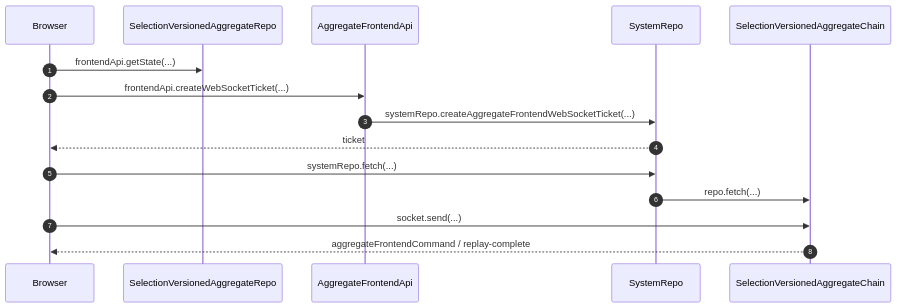
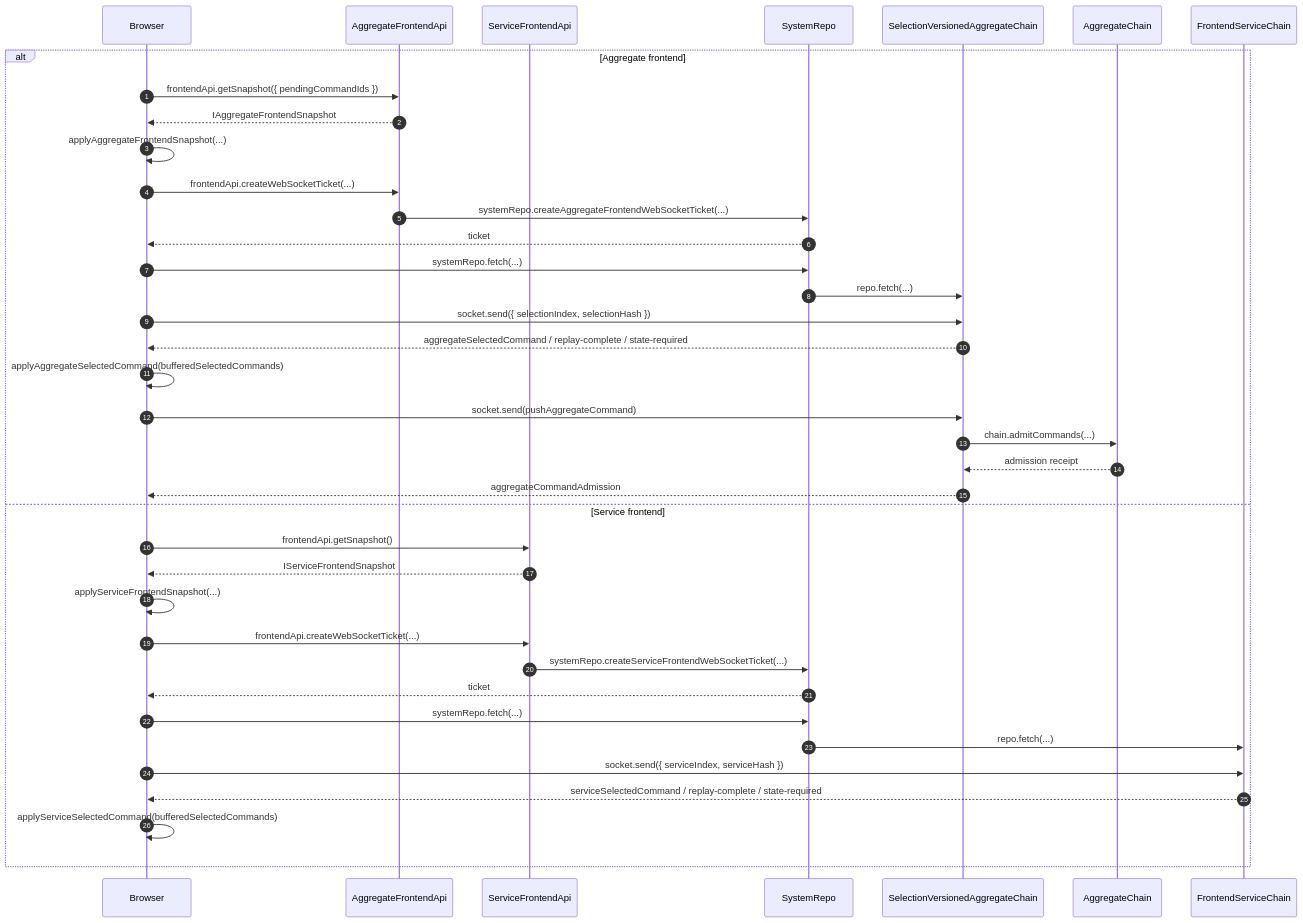
Before and after one commit to morgs32/qrk.sh: the diagram in wiki/architecture/browser/FrontendWebSocket.md, drawn with Mermaid. The commit also changed other lines of this file and 212 other files, not shown here.

````diff
--- a/wiki/architecture/browser/FrontendWebSocket.md
+++ b/wiki/architecture/browser/FrontendWebSocket.md
@@ -15,24 +17,65 @@
 ```mermaid
 sequenceDiagram
   participant Browser
-  participant SelectionVersionedAggregateRepo
   participant AggregateFrontendApi
+  participant ServiceFrontendApi
   participant SystemRepo
   participant SelectionVersionedAggregateChain
-  autonumber 1
-  Browser->>SelectionVersionedAggregateRepo: frontendApi.getState(...)
-  autonumber 2
-  Browser->>AggregateFrontendApi: frontendApi.createWebSocketTicket(...)
-  autonumber 3
-  AggregateFrontendApi->>SystemRepo: systemRepo.createAggregateFrontendWebSocketTicket(...)
-  autonumber 4
-  SystemRepo-->>Browser: ticket
-  autonumber 5
-  Browser->>SystemRepo: systemRepo.fetch(...)
-  autonumber 6
-  SystemRepo->>SelectionVersionedAggregateChain: repo.fetch(...)
-  autonumber 7
-  Browser->>SelectionVersionedAggregateChain: socket.send(...)
-  autonumber 8
-  SelectionVersionedAggregateChain-->>Browser: aggregateFrontendCommand / replay-complete
+  participant AggregateChain
+  participant FrontendServiceChain
+  alt Aggregate frontend
+    autonumber 1
+    Browser->>AggregateFrontendApi: frontendApi.getSnapshot({ pendingCommandIds })
+    autonumber 2
+    AggregateFrontendApi-->>Browser: IAggregateFrontendSnapshot
+    autonumber 3
+    Browser->>Browser: applyAggregateFrontendSnapshot(...)
+    autonumber 4
+    Browser->>AggregateFrontendApi: frontendApi.createWebSocketTicket(...)
+    autonumber 5
+    AggregateFrontendApi->>SystemRepo: systemRepo.createAggregateFrontendWebSocketTicket(...)
+    autonumber 6
+    SystemRepo-->>Browser: ticket
+    autonumber 7
+    Browser->>SystemRepo: systemRepo.fetch(...)
+    autonumber 8
+    SystemRepo->>SelectionVersionedAggregateChain: repo.fetch(...)
+    autonumber 9
+    Browser->>SelectionVersionedAggregateChain: socket.send({ selectionIndex, selectionHash })
+    autonumber 10
+    SelectionVersionedAggregateChain-->>Browser: aggregateSelectedCommand / replay-complete / state-required
+    autonumber 11
+    Browser->>Browser: applyAggregateSelectedCommand(bufferedSelectedCommands)
+    autonumber 12
+    Browser->>SelectionVersionedAggregateChain: socket.send(pushAggregateCommand)
+    autonumber 13
+    SelectionVersionedAggregateChain->>AggregateChain: chain.admitCommands(...)
+    autonumber 14
+    AggregateChain-->>SelectionVersionedAggregateChain: admission receipt
+    autonumber 15
+    SelectionVersionedAggregateChain-->>Browser: aggregateCommandAdmission
+  else Service frontend
+    autonumber 16
+    Browser->>ServiceFrontendApi: frontendApi.getSnapshot()
+    autonumber 17
+    ServiceFrontendApi-->>Browser: IServiceFrontendSnapshot
+    autonumber 18
+    Browser->>Browser: applyServiceFrontendSnapshot(...)
+    autonumber 19
+    Browser->>ServiceFrontendApi: frontendApi.createWebSocketTicket(...)
+    autonumber 20
+    ServiceFrontendApi->>SystemRepo: systemRepo.createServiceFrontendWebSocketTicket(...)
+    autonumber 21
+    SystemRepo-->>Browser: ticket
+    autonumber 22
+    Browser->>SystemRepo: systemRepo.fetch(...)
+    autonumber 23
+    SystemRepo->>FrontendServiceChain: repo.fetch(...)
+    autonumber 24
+    Browser->>FrontendServiceChain: socket.send({ serviceIndex, serviceHash })
+    autonumber 25
+    FrontendServiceChain-->>Browser: serviceSelectedCommand / replay-complete / state-required
+    autonumber 26
+    Browser->>Browser: applyServiceSelectedCommand(bufferedSelectedCommands)
+  end
 ```
````
